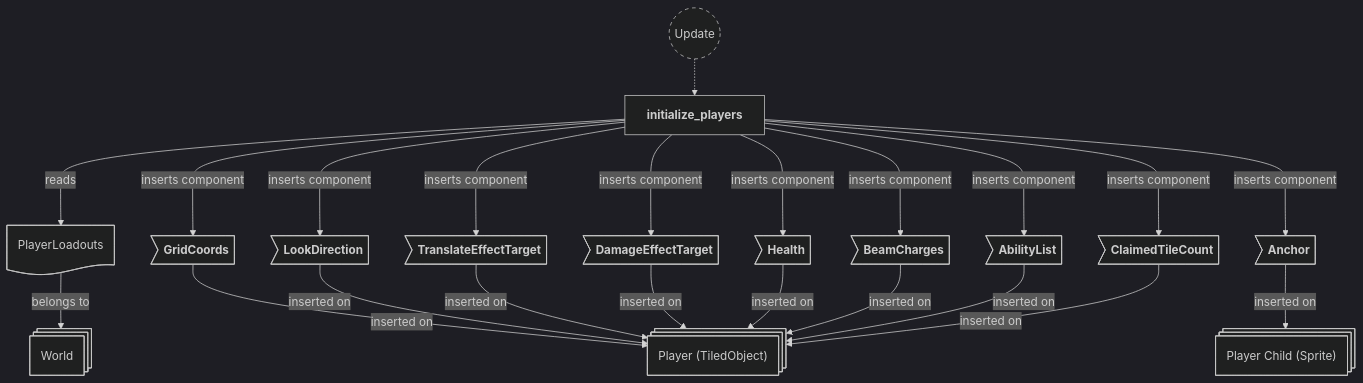
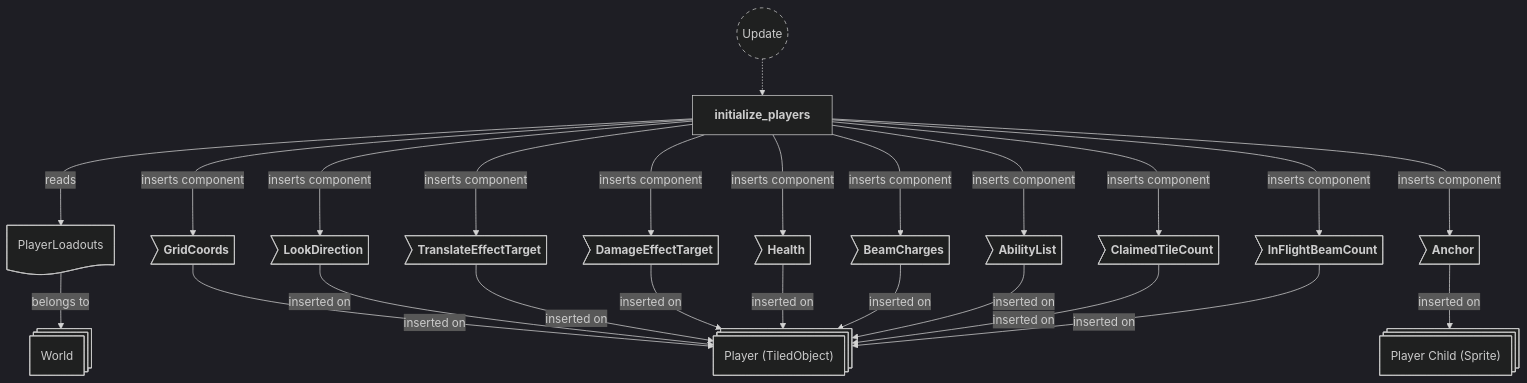
Before and after one commit to neurosoup/tyled: the seventh of 11 diagrams in backlog/docs/doc-3 - 001-Maps-plugin.md, drawn with Mermaid. The commit also changed other lines of this file and 5 other files, not shown here.

````diff
--- a/backlog/docs/doc-3 - 001-Maps-plugin.md
+++ b/backlog/docs/doc-3 - 001-Maps-plugin.md
@@ -297,52 +295,55 @@
 ```mermaid
 ---
 config:
   theme: dark
 ---
 
 flowchart TD
 classDef system-group stroke-dasharray: 5 5
 
 update(("`Update`")):::system-group
 initialize_players["`**initialize_players**`"]
 
 update -.-> initialize_players
 
 player_entity@{ shape: st-rect, label: "Player (TiledObject)" }
 child_entity@{ shape: st-rect, label: "Player Child (Sprite)" }
 
 pe_grid_coords>"`**GridCoords**`"]
 pe_look_direction>"`**LookDirection**`"]
 pe_translate_effect>"`**TranslateEffectTarget**`"]
 pe_damage_effect>"`**DamageEffectTarget**`"]
 pe_health>"`**Health**`"]
 pe_beam_charges>"`**BeamCharges**`"]
 pe_ability_list>"`**AbilityList**`"]
 pe_claimed_tile_count>"`**ClaimedTileCount**`"]
+pe_in_flight_count>"`**InFlightBeamCount**`"]
 ce_anchor>"`**Anchor**`"]
 
 world@{ shape: st-rect, label: "World" }
 player_loadouts_res@{ shape: doc, label: "PlayerLoadouts" }
 player_loadouts_res --> |belongs to| world
 
 pe_grid_coords --> |inserted on| player_entity
 pe_look_direction --> |inserted on| player_entity
 pe_translate_effect --> |inserted on| player_entity
 pe_damage_effect --> |inserted on| player_entity
 pe_health --> |inserted on| player_entity
 pe_beam_charges --> |inserted on| player_entity
 pe_ability_list --> |inserted on| player_entity
 pe_claimed_tile_count --> |inserted on| player_entity
+pe_in_flight_count --> |inserted on| player_entity
 ce_anchor --> |inserted on| child_entity
 
 initialize_players ---> |reads| player_loadouts_res
 initialize_players ---> |inserts component| pe_grid_coords
 initialize_players ---> |inserts component| pe_look_direction
 initialize_players ---> |inserts component| pe_translate_effect
 initialize_players ---> |inserts component| pe_damage_effect
 initialize_players ---> |inserts component| pe_health
 initialize_players ---> |inserts component| pe_beam_charges
 initialize_players ---> |inserts component| pe_ability_list
 initialize_players ---> |inserts component| pe_claimed_tile_count
+initialize_players ---> |inserts component| pe_in_flight_count
 initialize_players ---> |inserts component| ce_anchor
 ```
````
